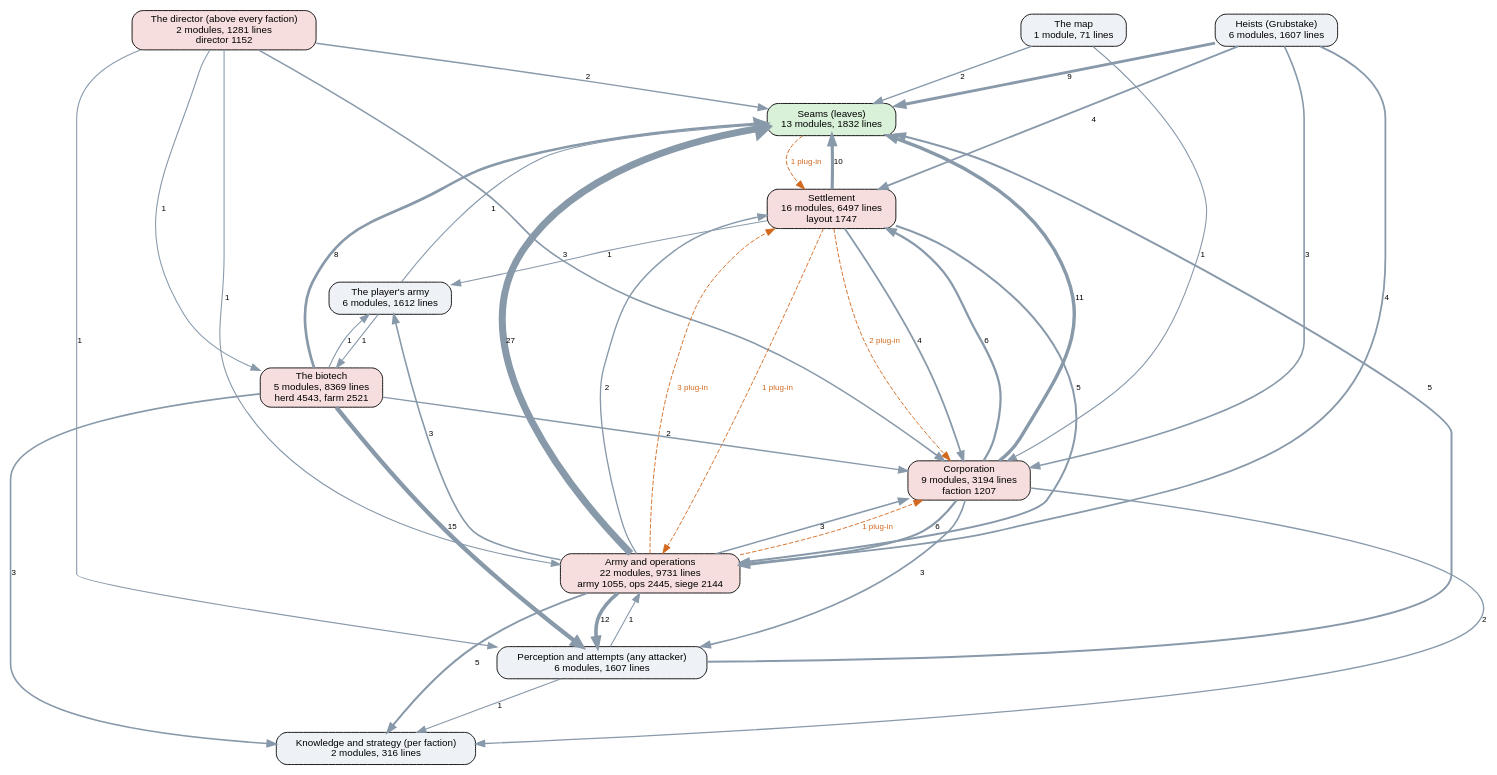
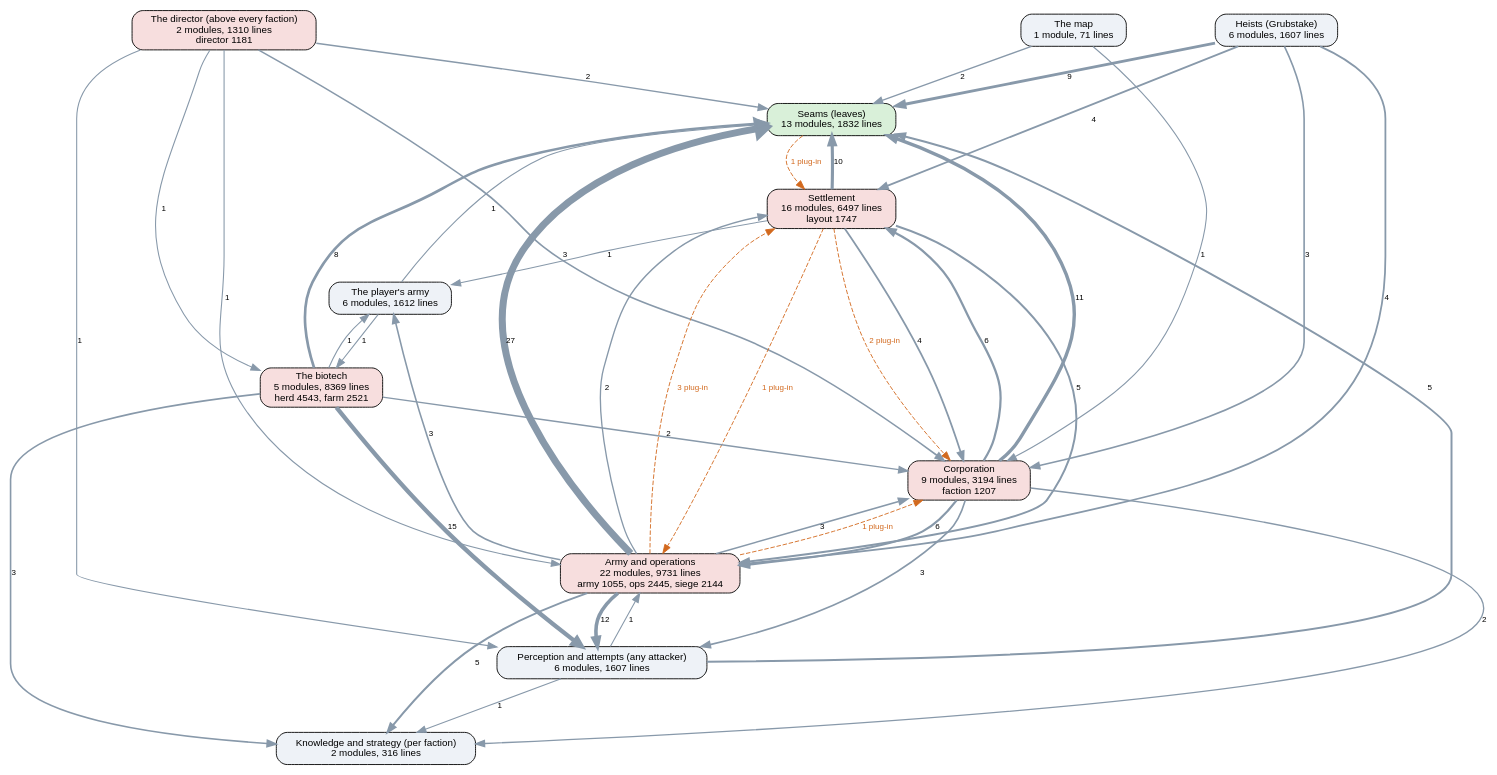
Before and after one commit to kinelhu/landing-party: the diagram in docs/ai-layers.dot, drawn with Graphviz. The commit also changed 11 other files, not shown here.

```diff
--- a/docs/ai-layers.dot
+++ b/docs/ai-layers.dot
@@ -1,57 +1,57 @@
 digraph layers {
   graph [rankdir=TB, fontname="Helvetica", nodesep=0.5, ranksep=0.7];
   node [shape=box, style="rounded,filled", fontname="Helvetica", fontsize=11, fillcolor="#eef2f7"];
   edge [color="#8899aa", fontname="Helvetica", fontsize=9];
   "Seams (leaves)" [label="Seams (leaves)\n13 modules, 1832 lines", fillcolor="#d9f0d9"];
   "Perception and attempts (any attacker)" [label="Perception and attempts (any attacker)\n6 modules, 1607 lines", fillcolor="#eef2f7"];
   "Knowledge and strategy (per faction)" [label="Knowledge and strategy (per faction)\n2 modules, 316 lines", fillcolor="#eef2f7"];
-  "The director (above every faction)" [label="The director (above every faction)\n2 modules, 1281 lines\ndirector 1152", fillcolor="#f7dede"];
+  "The director (above every faction)" [label="The director (above every faction)\n2 modules, 1310 lines\ndirector 1181", fillcolor="#f7dede"];
   "Corporation" [label="Corporation\n9 modules, 3194 lines\nfaction 1207", fillcolor="#f7dede"];
   "Settlement" [label="Settlement\n16 modules, 6497 lines\nlayout 1747", fillcolor="#f7dede"];
   "Army and operations" [label="Army and operations\n22 modules, 9731 lines\narmy 1055, ops 2445, siege 2144", fillcolor="#f7dede"];
   "Heists (Grubstake)" [label="Heists (Grubstake)\n6 modules, 1607 lines", fillcolor="#eef2f7"];
   "The biotech" [label="The biotech\n5 modules, 8369 lines\nherd 4543, farm 2521", fillcolor="#f7dede"];
   "The map" [label="The map\n1 module, 71 lines", fillcolor="#eef2f7"];
   "The player's army" [label="The player's army\n6 modules, 1612 lines", fillcolor="#eef2f7"];
   "Army and operations" -> "Corporation" [label="3", penwidth=1.8];
   "Army and operations" -> "Knowledge and strategy (per faction)" [label="5", penwidth=2.2];
   "Army and operations" -> "Perception and attempts (any attacker)" [label="12", penwidth=4.0];
   "Army and operations" -> "Seams (leaves)" [label="27", penwidth=7.8];
   "Army and operations" -> "Settlement" [label="2", penwidth=1.5];
   "Army and operations" -> "The player's army" [label="3", penwidth=1.8];
   "Corporation" -> "Army and operations" [label="6", penwidth=2.5];
   "Corporation" -> "Knowledge and strategy (per faction)" [label="2", penwidth=1.5];
   "Corporation" -> "Perception and attempts (any attacker)" [label="3", penwidth=1.8];
   "Corporation" -> "Seams (leaves)" [label="11", penwidth=3.8];
   "Corporation" -> "Settlement" [label="6", penwidth=2.5];
   "Heists (Grubstake)" -> "Army and operations" [label="4", penwidth=2.0];
   "Heists (Grubstake)" -> "Corporation" [label="3", penwidth=1.8];
   "Heists (Grubstake)" -> "Seams (leaves)" [label="9", penwidth=3.2];
   "Heists (Grubstake)" -> "Settlement" [label="4", penwidth=2.0];
   "Perception and attempts (any attacker)" -> "Army and operations" [label="1", penwidth=1.2];
   "Perception and attempts (any attacker)" -> "Knowledge and strategy (per faction)" [label="1", penwidth=1.2];
   "Perception and attempts (any attacker)" -> "Seams (leaves)" [label="5", penwidth=2.2];
   "Settlement" -> "Army and operations" [label="5", penwidth=2.2];
   "Settlement" -> "Corporation" [label="4", penwidth=2.0];
   "Settlement" -> "Seams (leaves)" [label="10", penwidth=3.5];
   "Settlement" -> "The player's army" [label="1", penwidth=1.2];
   "The biotech" -> "Corporation" [label="2", penwidth=1.5];
   "The biotech" -> "Knowledge and strategy (per faction)" [label="3", penwidth=1.8];
   "The biotech" -> "Perception and attempts (any attacker)" [label="15", penwidth=4.8];
   "The biotech" -> "Seams (leaves)" [label="8", penwidth=3.0];
   "The biotech" -> "The player's army" [label="1", penwidth=1.2];
   "The director (above every faction)" -> "Army and operations" [label="1", penwidth=1.2];
   "The director (above every faction)" -> "Corporation" [label="3", penwidth=1.8];
   "The director (above every faction)" -> "Perception and attempts (any attacker)" [label="1", penwidth=1.2];
   "The director (above every faction)" -> "Seams (leaves)" [label="2", penwidth=1.5];
   "The director (above every faction)" -> "The biotech" [label="1", penwidth=1.2];
   "The map" -> "Corporation" [label="1", penwidth=1.2];
   "The map" -> "Seams (leaves)" [label="2", penwidth=1.5];
   "The player's army" -> "Seams (leaves)" [label="1", penwidth=1.2];
   "The player's army" -> "The biotech" [label="1", penwidth=1.2];
   "Army and operations" -> "Corporation" [style=dashed, color="#d2691e", fontcolor="#d2691e", label="1 plug-in"];
   "Army and operations" -> "Settlement" [style=dashed, color="#d2691e", fontcolor="#d2691e", label="3 plug-in"];
   "Seams (leaves)" -> "Settlement" [style=dashed, color="#d2691e", fontcolor="#d2691e", label="1 plug-in"];
   "Settlement" -> "Army and operations" [style=dashed, color="#d2691e", fontcolor="#d2691e", label="1 plug-in"];
   "Settlement" -> "Corporation" [style=dashed, color="#d2691e", fontcolor="#d2691e", label="2 plug-in"];
 }
```
